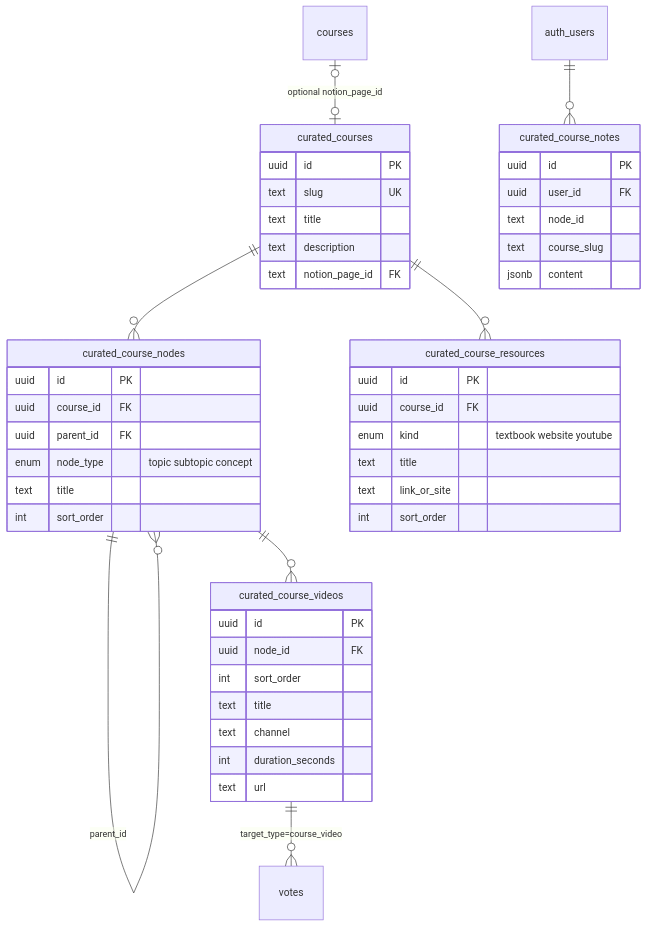
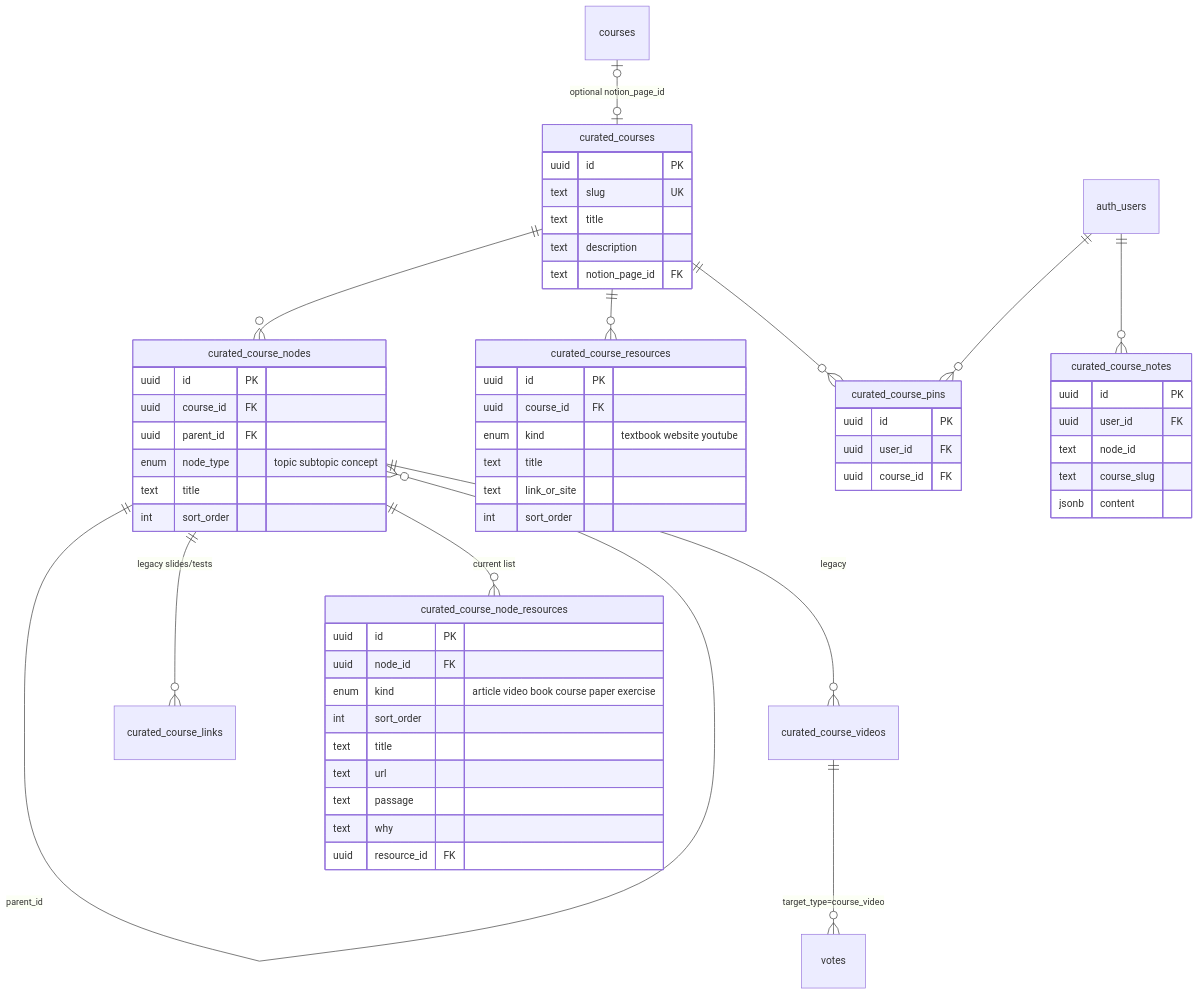
One commit to coursetexts/notion-site changed the fifth of 7 diagrams in docs/database.md. Above: the diagram before and after it, drawn with Mermaid. The commit also changed other lines of this file and 80 other files, not shown here.

````diff
--- a/docs/database.md
+++ b/docs/database.md
@@ -173,54 +229,66 @@
 ```mermaid
 erDiagram
   courses |o--o| curated_courses : "optional notion_page_id"
   curated_courses ||--o{ curated_course_nodes : ""
   curated_course_nodes ||--o{ curated_course_nodes : "parent_id"
-  curated_course_nodes ||--o{ curated_course_videos : ""
+  curated_course_nodes ||--o{ curated_course_videos : "legacy"
+  curated_course_nodes ||--o{ curated_course_links : "legacy slides/tests"
+  curated_course_nodes ||--o{ curated_course_node_resources : "current list"
   curated_courses ||--o{ curated_course_resources : ""
+  curated_courses ||--o{ curated_course_pins : ""
   auth_users ||--o{ curated_course_notes : ""
+  auth_users ||--o{ curated_course_pins : ""
   curated_course_videos ||--o{ votes : "target_type=course_video"
 
   curated_courses {
     uuid id PK
     text slug UK
     text title
     text description
     text notion_page_id FK
   }
 
   curated_course_nodes {
     uuid id PK
     uuid course_id FK
     uuid parent_id FK
     enum node_type "topic subtopic concept"
     text title
     int sort_order
   }
 
-  curated_course_videos {
+  curated_course_node_resources {
     uuid id PK
     uuid node_id FK
+    enum kind "article video book course paper exercise"
     int sort_order
     text title
-    text channel
-    int duration_seconds
     text url
+    text passage
+    text why
+    uuid resource_id FK
   }
 
   curated_course_resources {
     uuid id PK
     uuid course_id FK
     enum kind "textbook website youtube"
     text title
     text link_or_site
     int sort_order
   }
 
   curated_course_notes {
     uuid id PK
     uuid user_id FK
     text node_id
     text course_slug
     jsonb content
   }
+
+  curated_course_pins {
+    uuid id PK
+    uuid user_id FK
+    uuid course_id FK
+  }
 ```
````
